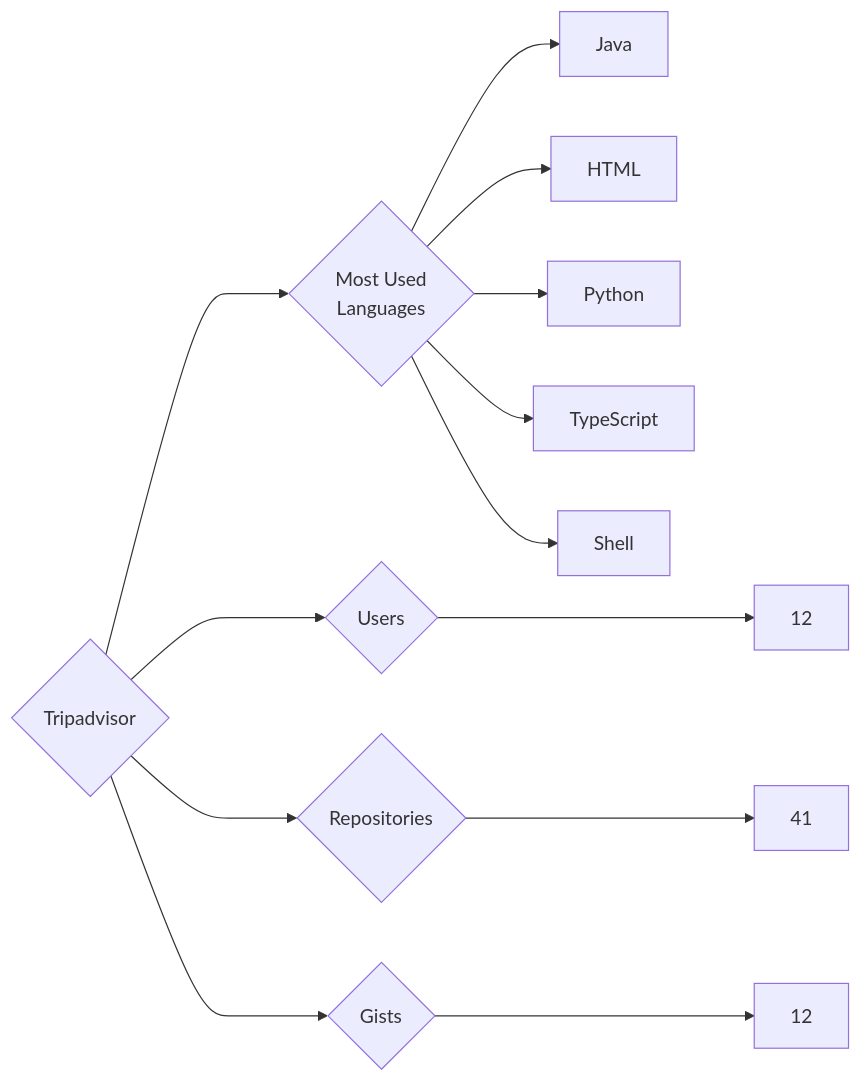
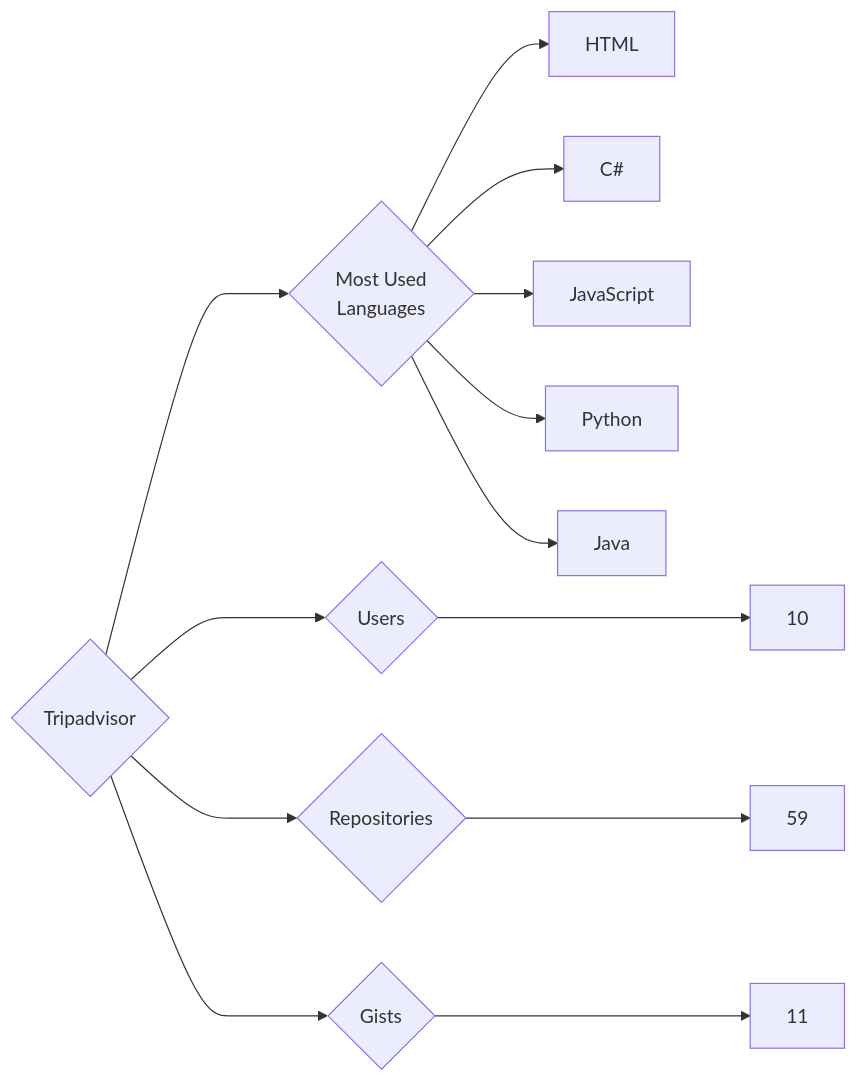
One commit to trickest/insiders changed the diagram in targets/Tripadvisor/README.md. Above: the diagram before and after it, drawn with Mermaid. The commit also changed 970 other files, not shown here.

````diff
--- a/targets/Tripadvisor/README.md
+++ b/targets/Tripadvisor/README.md
@@ -3,13 +3,13 @@
 ```mermaid
 graph LR
 COMPANY_NAME{Tripadvisor}
-COMPANY_NAME ---> U{Users} ---> UN[12]
-COMPANY_NAME ---> R{Repositories} ---> RN[41]
-COMPANY_NAME ---> G{Gists} ---> GN[12]
+COMPANY_NAME ---> U{Users} ---> UN[10]
+COMPANY_NAME ---> R{Repositories} ---> RN[59]
+COMPANY_NAME ---> G{Gists} ---> GN[11]
 COMPANY_NAME ---> ML{Most Used<br>Languages}
+ML --> HTML[HTML]
+ML --> C#[C#]
+ML --> JavaScript[JavaScript]
+ML --> Python[Python]
 ML --> Java[Java]
-ML --> HTML[HTML]
-ML --> Python[Python]
-ML --> TypeScript[TypeScript]
-ML --> Shell[Shell]
 ```
````
